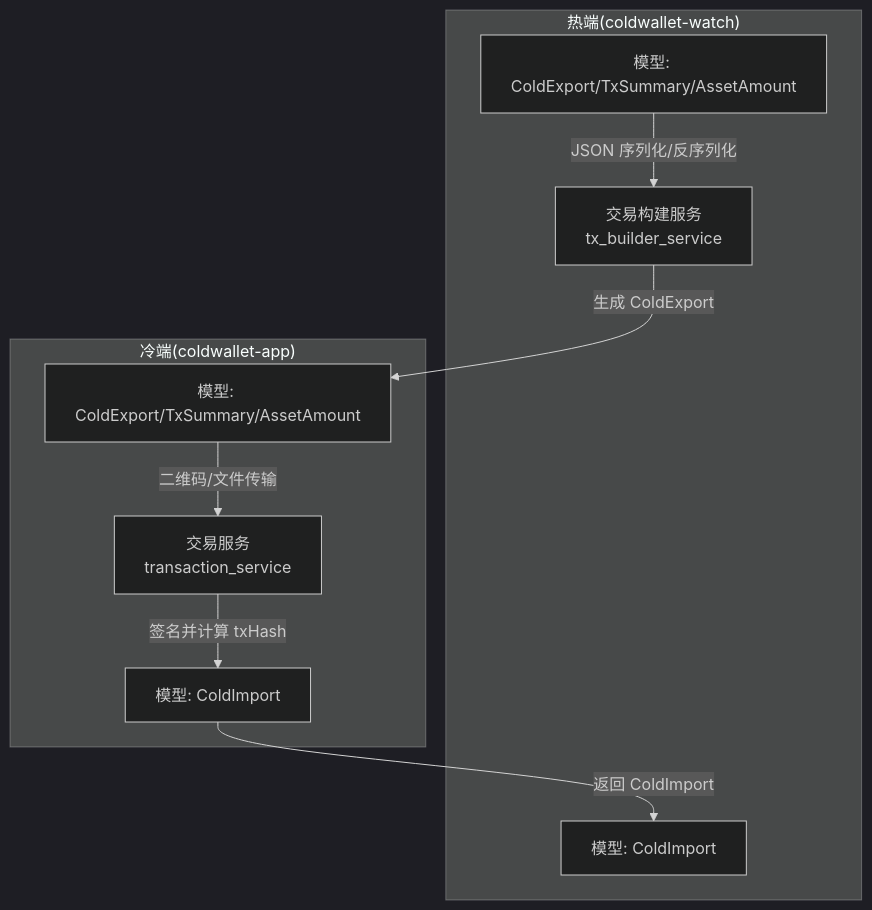
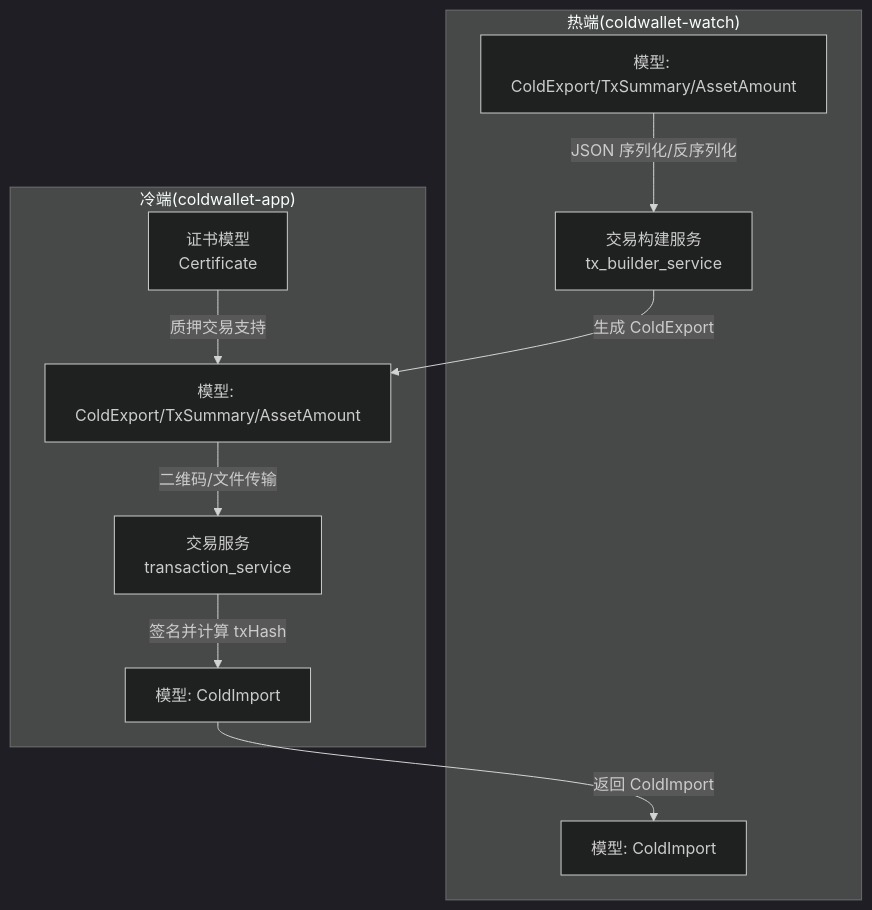
One commit to EqualToEthan/stasis changed the first of 5 diagrams in .qoder/repowiki/zh/content/API参考/数据交换格式.md. Above: the diagram before and after it, drawn with Mermaid (dark theme). The commit also changed other lines of this file and 40 other files, not shown here.

````diff
--- a/.qoder/repowiki/zh/content/API参考/数据交换格式.md
+++ b/.qoder/repowiki/zh/content/API参考/数据交换格式.md
@@ -40,18 +52,20 @@
 ```mermaid
 graph TB
 subgraph "热端(coldwallet-watch)"
 W_TXB["交易构建服务<br/>tx_builder_service"]
 W_MODEL_EXPORT["模型: ColdExport/TxSummary/AssetAmount"]
 W_MODEL_IMPORT["模型: ColdImport"]
 end
 subgraph "冷端(coldwallet-app)"
 A_SVC["交易服务<br/>transaction_service"]
 A_MODEL_EXPORT["模型: ColdExport/TxSummary/AssetAmount"]
 A_MODEL_IMPORT["模型: ColdImport"]
+A_CERT["证书模型<br/>Certificate"]
 end
 W_MODEL_EXPORT --> |"JSON 序列化/反序列化"| W_TXB
 W_TXB --> |"生成 ColdExport"| A_MODEL_EXPORT
 A_MODEL_EXPORT --> |"二维码/文件传输"| A_SVC
 A_SVC --> |"签名并计算 txHash"| A_MODEL_IMPORT
 A_MODEL_IMPORT --> |"返回 ColdImport"| W_MODEL_IMPORT
+A_CERT --> |"质押交易支持"| A_MODEL_EXPORT
 ```
````
